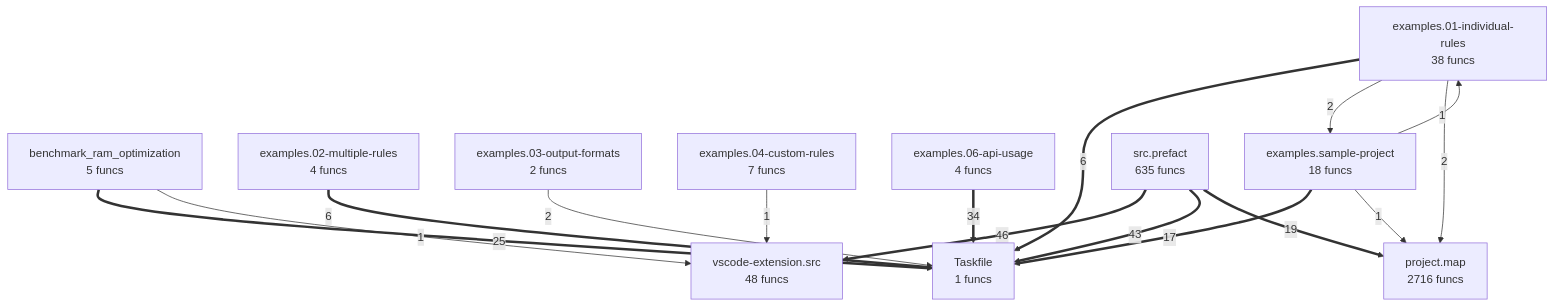
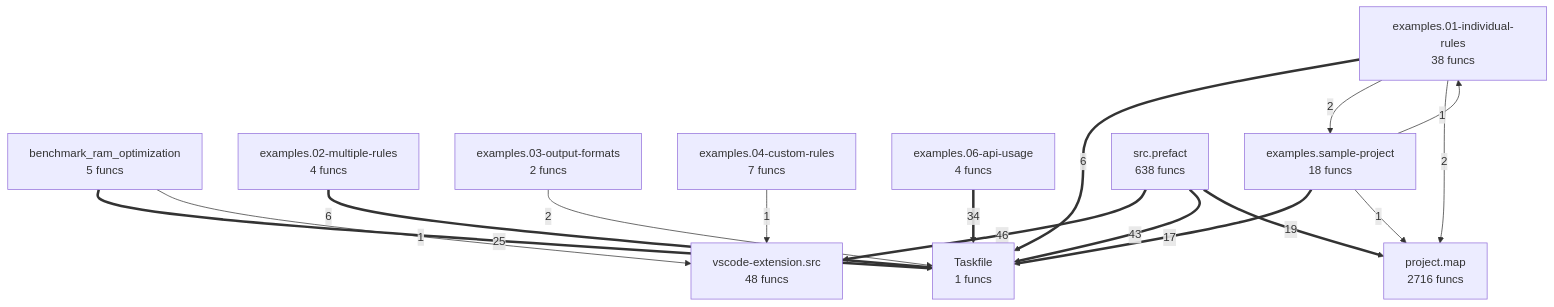
Before and after one commit to semcod/prefact: the diagram in project/compact_flow.mmd, drawn with Mermaid. The commit also changed 21 other files, not shown here.

```diff
--- a/project/compact_flow.mmd
+++ b/project/compact_flow.mmd
@@ -1,27 +1,27 @@
 flowchart TD
     Taskfile["Taskfile<br/>1 funcs"]
     benchmark_ram_optimization["benchmark_ram_optimization<br/>5 funcs"]
     examples__01_individual_rules["examples.01-individual-rules<br/>38 funcs"]
     examples__02_multiple_rules["examples.02-multiple-rules<br/>4 funcs"]
     examples__03_output_formats["examples.03-output-formats<br/>2 funcs"]
     examples__04_custom_rules["examples.04-custom-rules<br/>7 funcs"]
     examples__06_api_usage["examples.06-api-usage<br/>4 funcs"]
     examples__sample_project["examples.sample-project<br/>18 funcs"]
     project__map["project.map<br/>2716 funcs"]
-    src__prefact["src.prefact<br/>635 funcs"]
+    src__prefact["src.prefact<br/>638 funcs"]
     vscode_extension__src["vscode-extension.src<br/>48 funcs"]
     src__prefact ==>|46| vscode_extension__src
     src__prefact ==>|43| Taskfile
     examples__06_api_usage ==>|34| Taskfile
     benchmark_ram_optimization ==>|25| Taskfile
     src__prefact ==>|19| project__map
     examples__sample_project ==>|17| Taskfile
     examples__01_individual_rules ==>|6| Taskfile
     examples__02_multiple_rules ==>|6| Taskfile
     examples__01_individual_rules -->|2| examples__sample_project
     examples__01_individual_rules -->|2| project__map
     examples__03_output_formats -->|2| Taskfile
     benchmark_ram_optimization -->|1| vscode_extension__src
     examples__sample_project -->|1| examples__01_individual_rules
     examples__sample_project -->|1| project__map
     examples__04_custom_rules -->|1| vscode_extension__src
```
